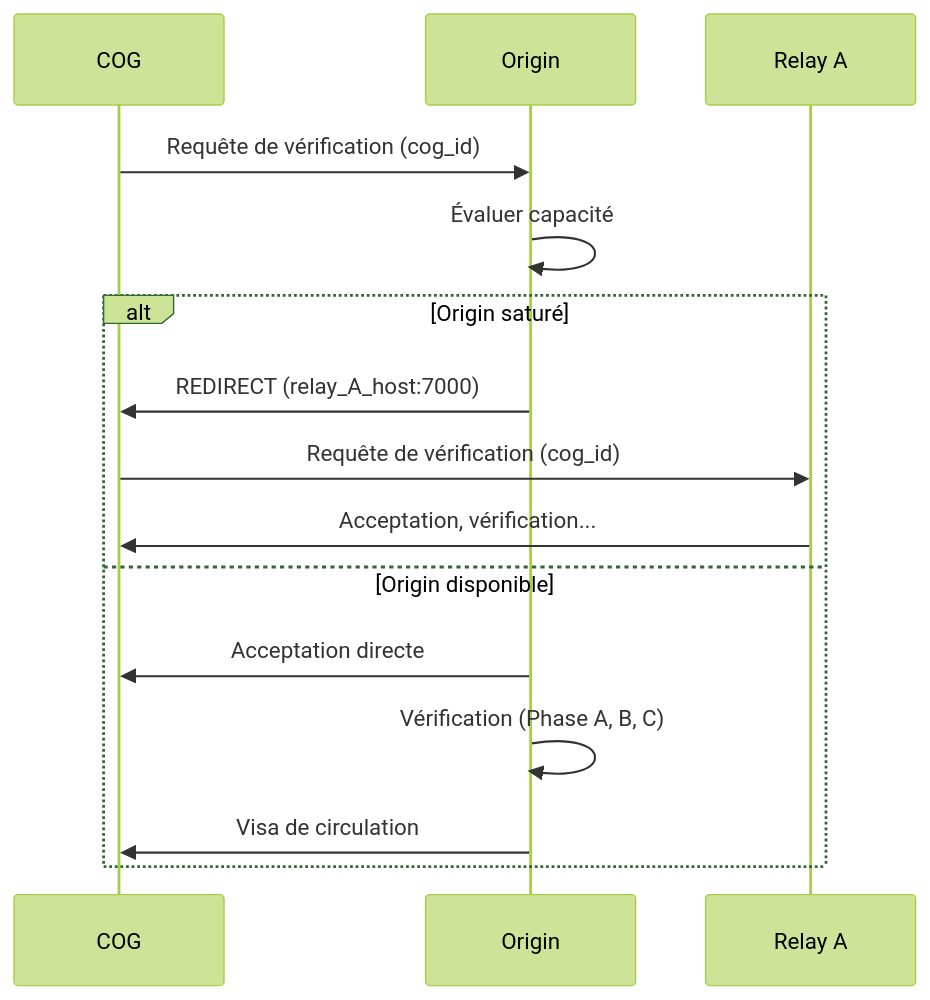
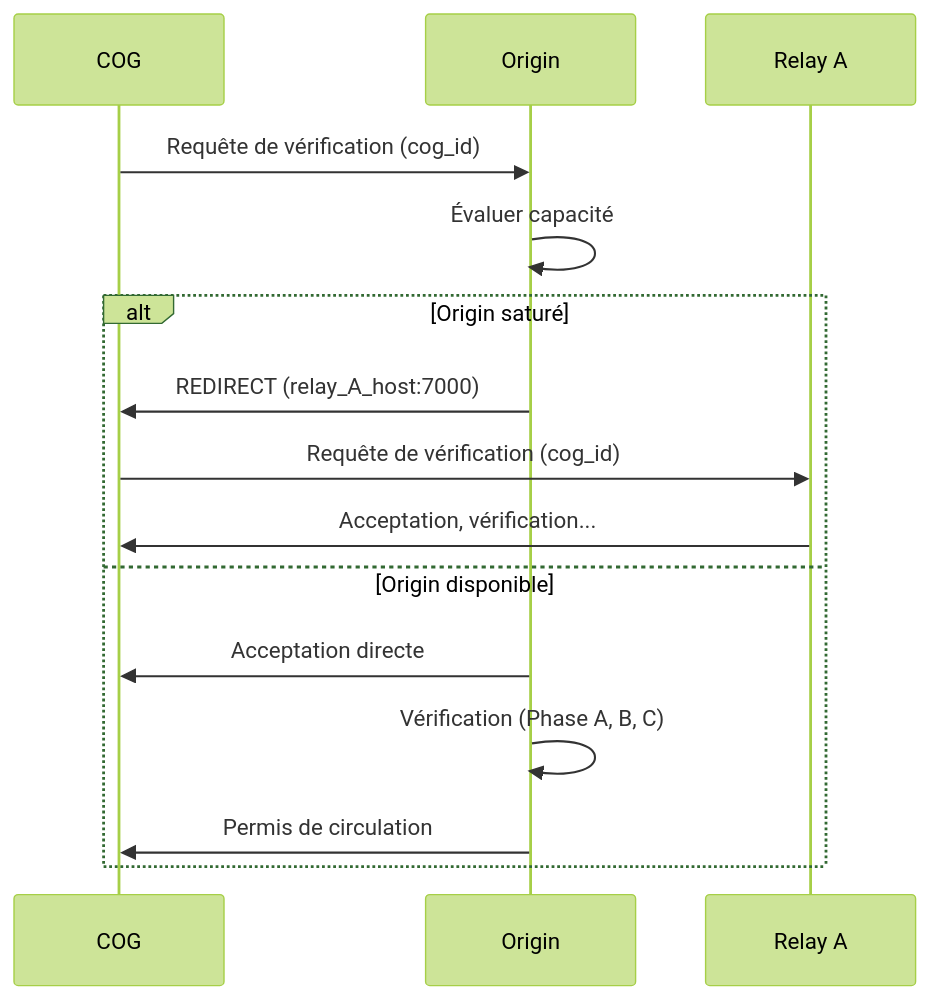
One commit to StudioMiyukini/miyukini_cog changed the second of 2 diagrams in docs/miyukini-webway-system/acteurs/MWS - Origin.md. Above: the diagram before and after it, drawn with Mermaid (forest theme). The commit also changed other lines of this file and 17 other files, not shown here.

````diff
--- a/docs/miyukini-webway-system/acteurs/MWS - Origin.md
+++ b/docs/miyukini-webway-system/acteurs/MWS - Origin.md
@@ -91,18 +91,18 @@
 ```mermaid
 sequenceDiagram
     participant COG as COG
     participant O as Origin
     participant R as Relay A
 
     COG->>O: Requête de vérification (cog_id)
     O->>O: Évaluer capacité
     alt Origin saturé
         O->>COG: REDIRECT (relay_A_host:7000)
         COG->>R: Requête de vérification (cog_id)
         R->>COG: Acceptation, vérification...
     else Origin disponible
         O->>COG: Acceptation directe
         O->>O: Vérification (Phase A, B, C)
-        O->>COG: Visa de circulation
+        O->>COG: Permis de circulation
     end
 ```
````
